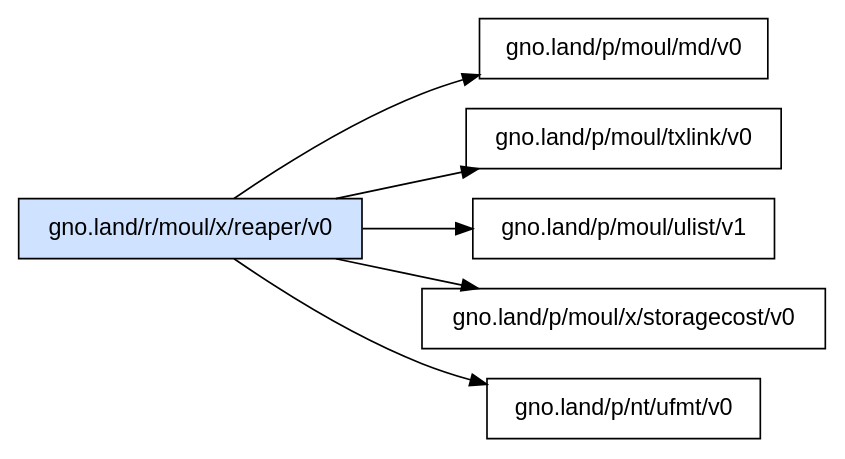
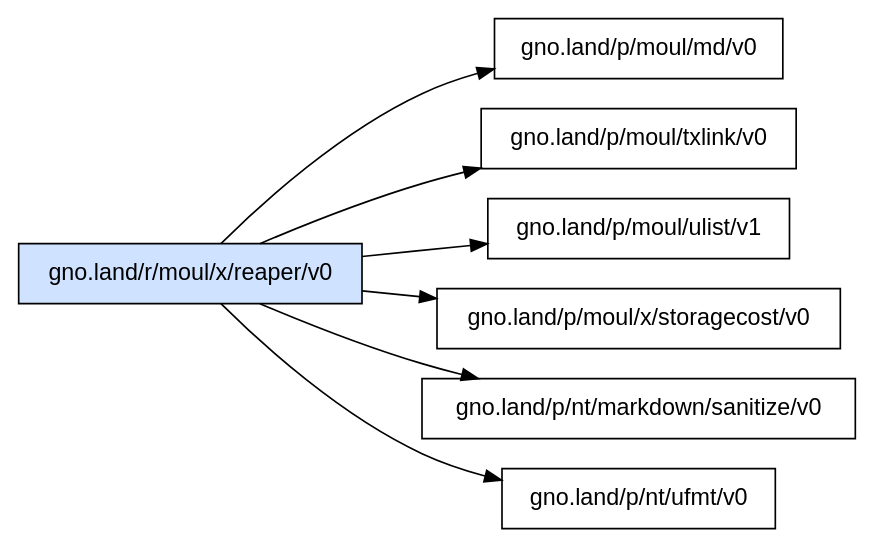
Before and after one commit to moul/gno-contracts: the diagram in _assets/gno.land/r/moul/x/reaper/v0/deps.dot, drawn with Graphviz. The commit also changed 10 other files, not shown here.

Commit message:
chore: regenerate catalog, graphs and on-chain status [skip ci]

```diff
--- a/_assets/gno.land/r/moul/x/reaper/v0/deps.dot
+++ b/_assets/gno.land/r/moul/x/reaper/v0/deps.dot
@@ -1,10 +1,11 @@
 digraph deps {
   rankdir=LR;
   node [shape=box, fontname="sans-serif"];
   "gno.land/r/moul/x/reaper/v0" [style=filled, fillcolor="#cfe2ff"];
   "gno.land/r/moul/x/reaper/v0" -> "gno.land/p/moul/md/v0";
   "gno.land/r/moul/x/reaper/v0" -> "gno.land/p/moul/txlink/v0";
   "gno.land/r/moul/x/reaper/v0" -> "gno.land/p/moul/ulist/v1";
   "gno.land/r/moul/x/reaper/v0" -> "gno.land/p/moul/x/storagecost/v0";
+  "gno.land/r/moul/x/reaper/v0" -> "gno.land/p/nt/markdown/sanitize/v0";
   "gno.land/r/moul/x/reaper/v0" -> "gno.land/p/nt/ufmt/v0";
 }
```
